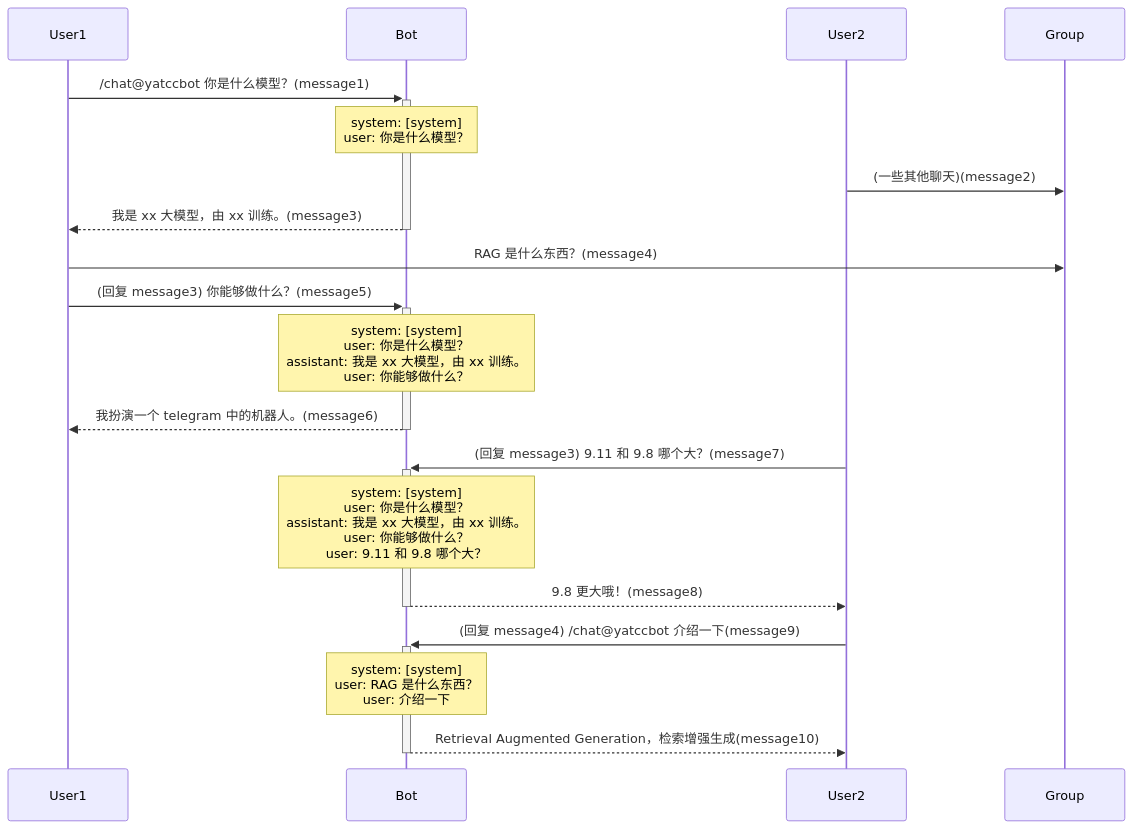
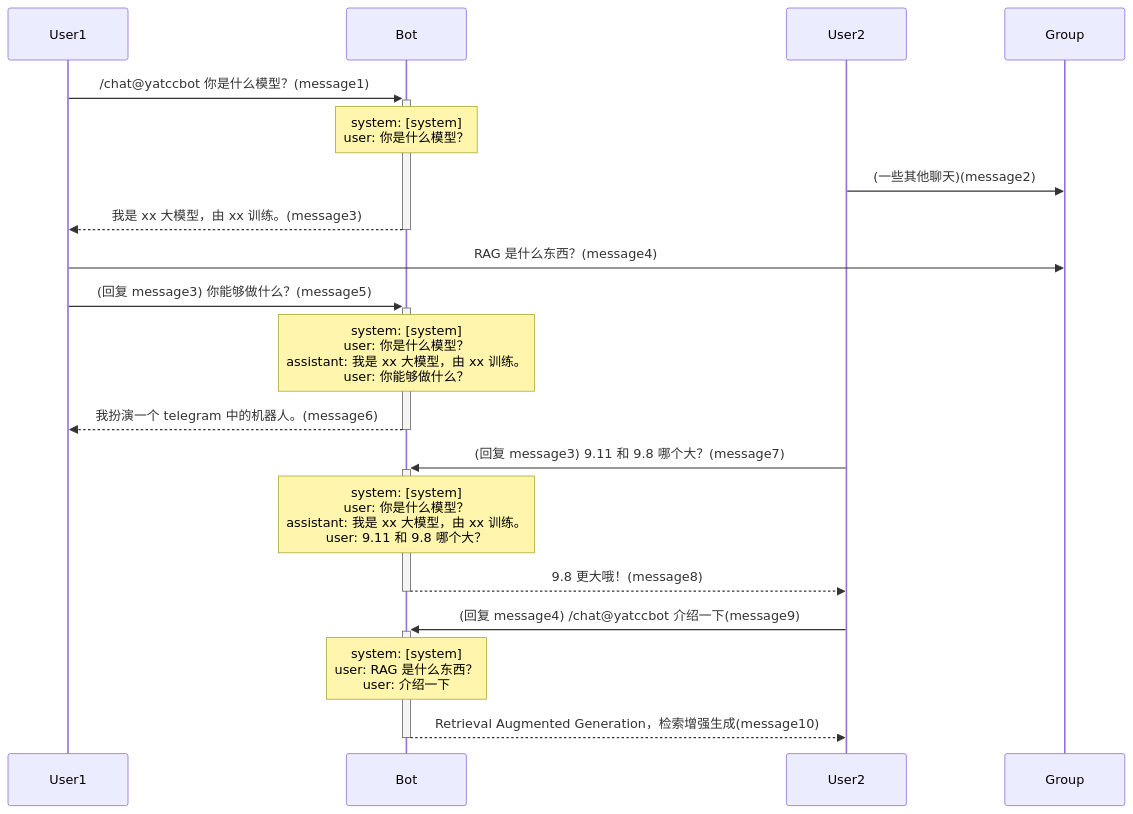
Before and after one commit to jiang-zhexin/yatccbot: the diagram in README.md, drawn with Mermaid.

````diff
--- a/README.md
+++ b/README.md
@@ -19,21 +19,21 @@
 ```mermaid
 sequenceDiagram
     User1->>+Bot: /chat@yatccbot 你是什么模型？(message1)
     Note over Bot: system: [system] <br> user: 你是什么模型？
     User2->>Group: (一些其他聊天)(message2)
     Bot-->>-User1: 我是 xx 大模型，由 xx 训练。(message3)
 
     User1->>Group: RAG 是什么东西？(message4)
 
     User1->>+Bot: (回复 message3) 你能够做什么？(message5)
     Note over Bot: system: [system] <br> user: 你是什么模型？ <br> assistant: 我是 xx 大模型，由 xx 训练。 <br> user: 你能够做什么？
     Bot-->>-User1: 我扮演一个 telegram 中的机器人。(message6)
 
     User2->>+Bot: (回复 message3) 9.11 和 9.8 哪个大？(message7)
-    Note over Bot: system: [system] <br> user: 你是什么模型？ <br> assistant: 我是 xx 大模型，由 xx 训练。 <br> user: 你能够做什么？ <br> user: 9.11 和 9.8 哪个大？
+    Note over Bot: system: [system] <br> user: 你是什么模型？ <br> assistant: 我是 xx 大模型，由 xx 训练。 <br> user: 9.11 和 9.8 哪个大？
     Bot-->>-User2: 9.8 更大哦！(message8)
 
     User2->>+Bot: (回复 message4) /chat@yatccbot 介绍一下(message9)
     Note over Bot: system: [system] <br> user: RAG 是什么东西？ <br> user: 介绍一下
     Bot-->>-User2: Retrieval Augmented Generation，检索增强生成(message10)
 ```
````
